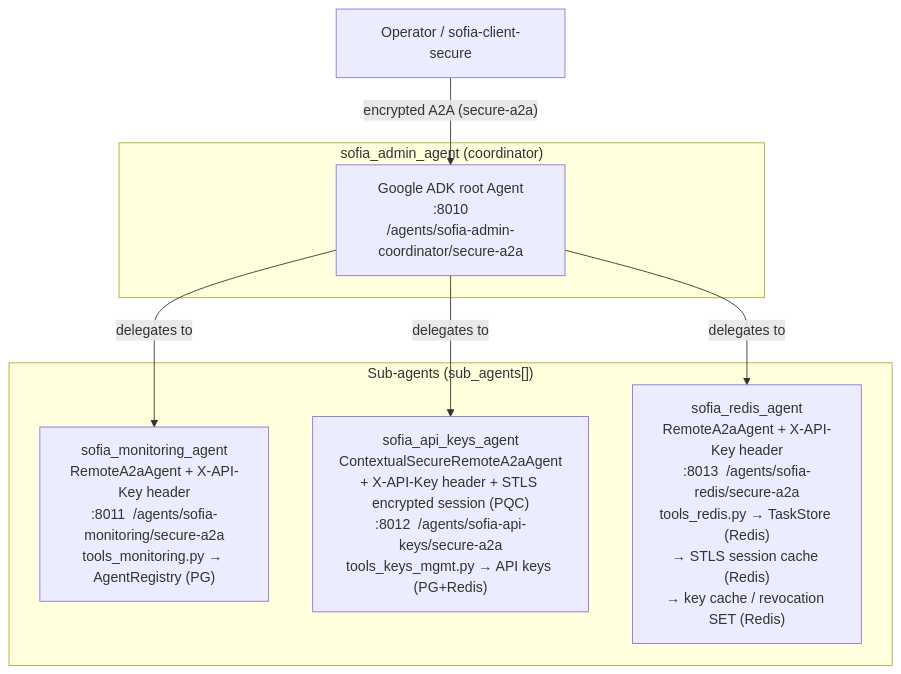
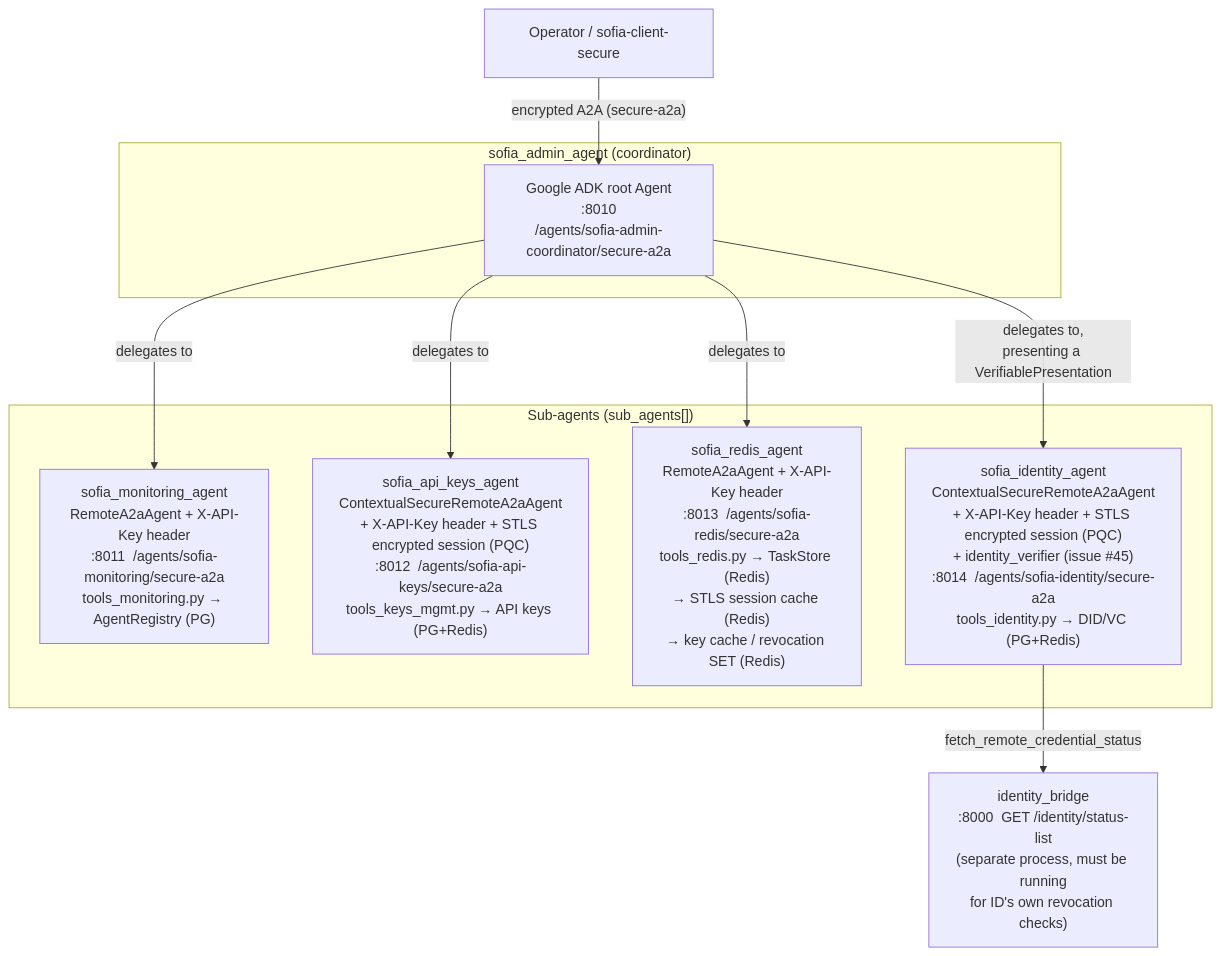
One commit to sparkle-stls-ai/stls-ai changed the diagram in samples/server/sofia-admin/README.md. Above: the diagram before and after it, drawn with Mermaid. The commit also changed other lines of this file and 26 other files, not shown here.

````diff
--- a/samples/server/sofia-admin/README.md
+++ b/samples/server/sofia-admin/README.md
@@ -39,19 +50,24 @@
 ```mermaid
 flowchart TB
     OP["Operator / sofia-client-secure"]
 
     subgraph Coordinator["sofia_admin_agent (coordinator)"]
         CO["Google ADK root Agent\n:8010\n/agents/sofia-admin-coordinator/secure-a2a"]
     end
 
     subgraph SubAgents["Sub-agents (sub_agents[])"]
         MON["sofia_monitoring_agent\nRemoteA2aAgent + X-API-Key header\n:8011  /agents/sofia-monitoring/secure-a2a\ntools_monitoring.py → AgentRegistry (PG)"]
         KEYS["sofia_api_keys_agent\nContextualSecureRemoteA2aAgent\n+ X-API-Key header + STLS encrypted session (PQC)\n:8012  /agents/sofia-api-keys/secure-a2a\ntools_keys_mgmt.py → API keys (PG+Redis)"]
         RED["sofia_redis_agent\nRemoteA2aAgent + X-API-Key header\n:8013  /agents/sofia-redis/secure-a2a\ntools_redis.py → TaskStore (Redis)\n→ STLS session cache (Redis)\n→ key cache / revocation SET (Redis)"]
+        ID["sofia_identity_agent\nContextualSecureRemoteA2aAgent\n+ X-API-Key header + STLS encrypted session (PQC)\n+ identity_verifier (issue #45)\n:8014  /agents/sofia-identity/secure-a2a\ntools_identity.py → DID/VC (PG+Redis)"]
     end
+
+    BRIDGE["identity_bridge\n:8000  GET /identity/status-list\n(separate process, must be running\nfor ID's own revocation checks)"]
 
     OP -->|"encrypted A2A (secure-a2a)"| CO
     CO -->|"delegates to"| MON
     CO -->|"delegates to"| KEYS
     CO -->|"delegates to"| RED
+    CO -->|"delegates to,\npresenting a VerifiablePresentation"| ID
+    ID -->|"fetch_remote_credential_status"| BRIDGE
 ```
````
